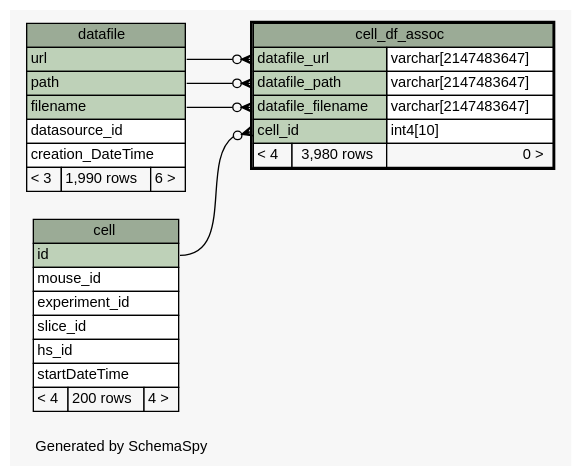
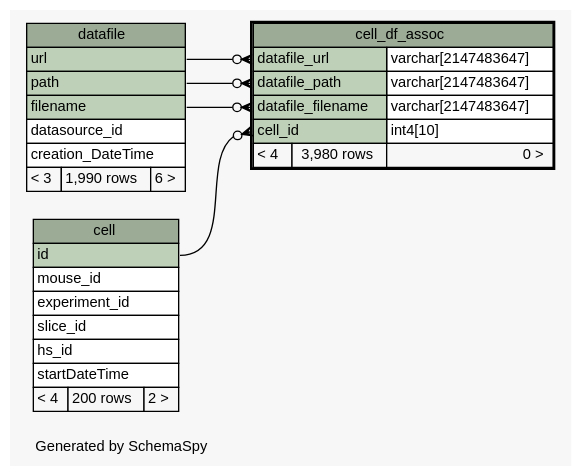
One commit to tgbugs/mlab changed the diagram in database/ss/diagrams/cell_df_assoc.1degree.dot. Above: the diagram before and after it, drawn with Graphviz. The commit also changed 161 other files, not shown here.

```diff
--- a/database/ss/diagrams/cell_df_assoc.1degree.dot
+++ b/database/ss/diagrams/cell_df_assoc.1degree.dot
@@ -1,68 +1,68 @@
 // dot 2.34.0 on Windows 7 6.1
 // SchemaSpy rev 590
 digraph "oneDegreeRelationshipsDiagram" {
   graph [
     rankdir="RL"
     bgcolor="#f7f7f7"
     label="\nGenerated by SchemaSpy"
     labeljust="l"
     nodesep="0.18"
     ranksep="0.46"
     fontname="Helvetica"
     fontsize="11"
   ];
   node [
     fontname="Helvetica"
     fontsize="11"
     shape="plaintext"
   ];
   edge [
     arrowsize="0.8"
   ];
   "cell_df_assoc":"cell_id":w -> "cell":"id":e [arrowhead=none dir=back arrowtail=crowodot];
   "cell_df_assoc":"datafile_filename":w -> "datafile":"filename":e [arrowhead=none dir=back arrowtail=crowodot];
   "cell_df_assoc":"datafile_path":w -> "datafile":"path":e [arrowhead=none dir=back arrowtail=crowodot];
   "cell_df_assoc":"datafile_url":w -> "datafile":"url":e [arrowhead=none dir=back arrowtail=crowodot];
   "cell" [
     label=<
     <TABLE BORDER="0" CELLBORDER="1" CELLSPACING="0" BGCOLOR="#ffffff">
       <TR><TD COLSPAN="3" BGCOLOR="#9bab96" ALIGN="CENTER">cell</TD></TR>
       <TR><TD PORT="id" COLSPAN="3" BGCOLOR="#bed1b8" ALIGN="LEFT">id</TD></TR>
       <TR><TD PORT="mouse_id" COLSPAN="3" ALIGN="LEFT">mouse_id</TD></TR>
       <TR><TD PORT="experiment_id" COLSPAN="3" ALIGN="LEFT">experiment_id</TD></TR>
       <TR><TD PORT="slice_id" COLSPAN="3" ALIGN="LEFT">slice_id</TD></TR>
       <TR><TD PORT="hs_id" COLSPAN="3" ALIGN="LEFT">hs_id</TD></TR>
       <TR><TD PORT="startDateTime" COLSPAN="3" ALIGN="LEFT">startDateTime</TD></TR>
-      <TR><TD ALIGN="LEFT" BGCOLOR="#f7f7f7">&lt; 4</TD><TD ALIGN="RIGHT" BGCOLOR="#f7f7f7">200 rows</TD><TD ALIGN="RIGHT" BGCOLOR="#f7f7f7">4 &gt;</TD></TR>
+      <TR><TD ALIGN="LEFT" BGCOLOR="#f7f7f7">&lt; 4</TD><TD ALIGN="RIGHT" BGCOLOR="#f7f7f7">200 rows</TD><TD ALIGN="RIGHT" BGCOLOR="#f7f7f7">2 &gt;</TD></TR>
     </TABLE>>
     URL="cell.html"
     tooltip="cell"
   ];
   "cell_df_assoc" [
     label=<
     <TABLE BORDER="2" CELLBORDER="1" CELLSPACING="0" BGCOLOR="#ffffff">
       <TR><TD COLSPAN="3" BGCOLOR="#9bab96" ALIGN="CENTER">cell_df_assoc</TD></TR>
       <TR><TD PORT="datafile_url" COLSPAN="2" BGCOLOR="#bed1b8" ALIGN="LEFT">datafile_url</TD><TD PORT="datafile_url.type" ALIGN="LEFT">varchar[2147483647]</TD></TR>
       <TR><TD PORT="datafile_path" COLSPAN="2" BGCOLOR="#bed1b8" ALIGN="LEFT">datafile_path</TD><TD PORT="datafile_path.type" ALIGN="LEFT">varchar[2147483647]</TD></TR>
       <TR><TD PORT="datafile_filename" COLSPAN="2" BGCOLOR="#bed1b8" ALIGN="LEFT">datafile_filename</TD><TD PORT="datafile_filename.type" ALIGN="LEFT">varchar[2147483647]</TD></TR>
       <TR><TD PORT="cell_id" COLSPAN="2" BGCOLOR="#bed1b8" ALIGN="LEFT">cell_id</TD><TD PORT="cell_id.type" ALIGN="LEFT">int4[10]</TD></TR>
       <TR><TD ALIGN="LEFT" BGCOLOR="#f7f7f7">&lt; 4</TD><TD ALIGN="RIGHT" BGCOLOR="#f7f7f7">3,980 rows</TD><TD ALIGN="RIGHT" BGCOLOR="#f7f7f7">0 &gt;</TD></TR>
     </TABLE>>
     URL="cell_df_assoc.html"
     tooltip="cell_df_assoc"
   ];
   "datafile" [
     label=<
     <TABLE BORDER="0" CELLBORDER="1" CELLSPACING="0" BGCOLOR="#ffffff">
       <TR><TD COLSPAN="3" BGCOLOR="#9bab96" ALIGN="CENTER">datafile</TD></TR>
       <TR><TD PORT="url" COLSPAN="3" BGCOLOR="#bed1b8" ALIGN="LEFT">url</TD></TR>
       <TR><TD PORT="path" COLSPAN="3" BGCOLOR="#bed1b8" ALIGN="LEFT">path</TD></TR>
       <TR><TD PORT="filename" COLSPAN="3" BGCOLOR="#bed1b8" ALIGN="LEFT">filename</TD></TR>
       <TR><TD PORT="datasource_id" COLSPAN="3" ALIGN="LEFT">datasource_id</TD></TR>
       <TR><TD PORT="creation_DateTime" COLSPAN="3" ALIGN="LEFT">creation_DateTime</TD></TR>
       <TR><TD ALIGN="LEFT" BGCOLOR="#f7f7f7">&lt; 3</TD><TD ALIGN="RIGHT" BGCOLOR="#f7f7f7">1,990 rows</TD><TD ALIGN="RIGHT" BGCOLOR="#f7f7f7">6 &gt;</TD></TR>
     </TABLE>>
     URL="datafile.html"
     tooltip="datafile"
   ];
 }
```
